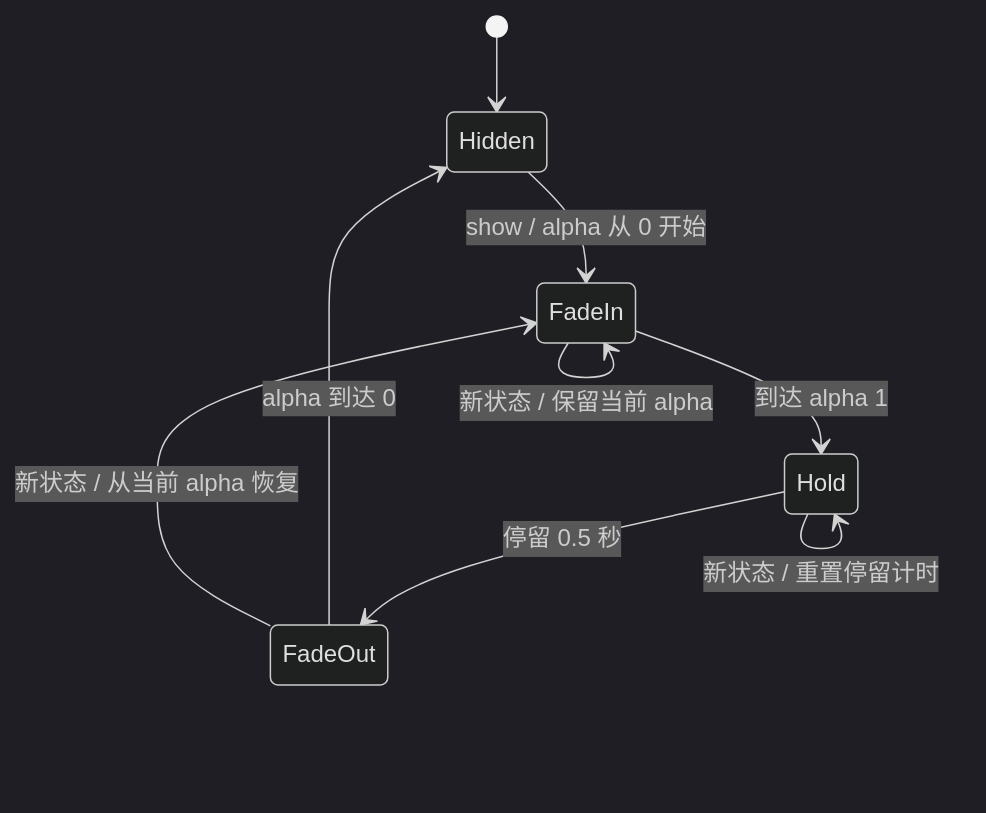
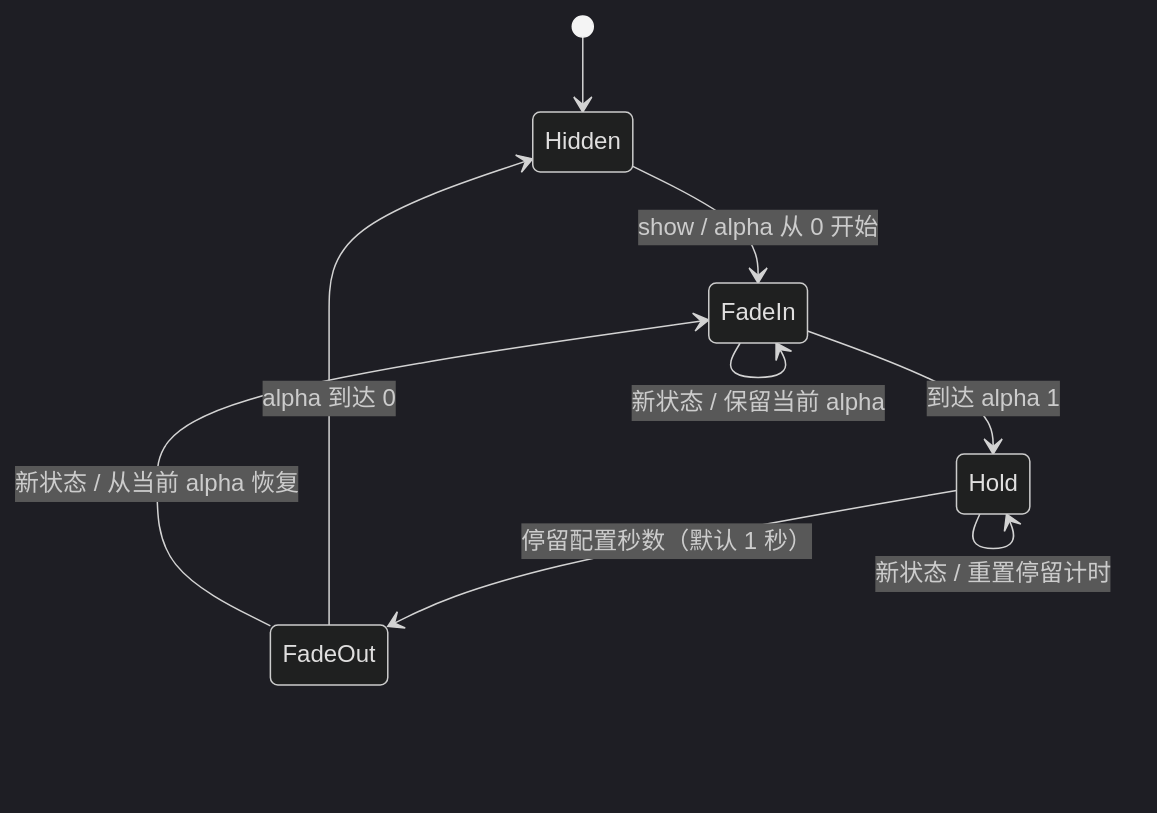
The third of 3 diagrams in app/docs/TECHNICAL_DESIGN.md (ChenYunerer/input_method_prompt_macos), drawn with Mermaid (dark theme) before and after one commit. The commit also changed other lines of this file and 9 other files, not shown here.

````diff
--- a/app/docs/TECHNICAL_DESIGN.md
+++ b/app/docs/TECHNICAL_DESIGN.md
@@ -184,11 +184,11 @@
 ```mermaid
 stateDiagram-v2
     [*] --> Hidden
     Hidden --> FadeIn: show / alpha 从 0 开始
     FadeIn --> Hold: 到达 alpha 1
-    Hold --> FadeOut: 停留 0.5 秒
+    Hold --> FadeOut: 停留配置秒数（默认 1 秒）
     FadeOut --> Hidden: alpha 到达 0
     FadeIn --> FadeIn: 新状态 / 保留当前 alpha
     Hold --> Hold: 新状态 / 重置停留计时
     FadeOut --> FadeIn: 新状态 / 从当前 alpha 恢复
 ```
````
